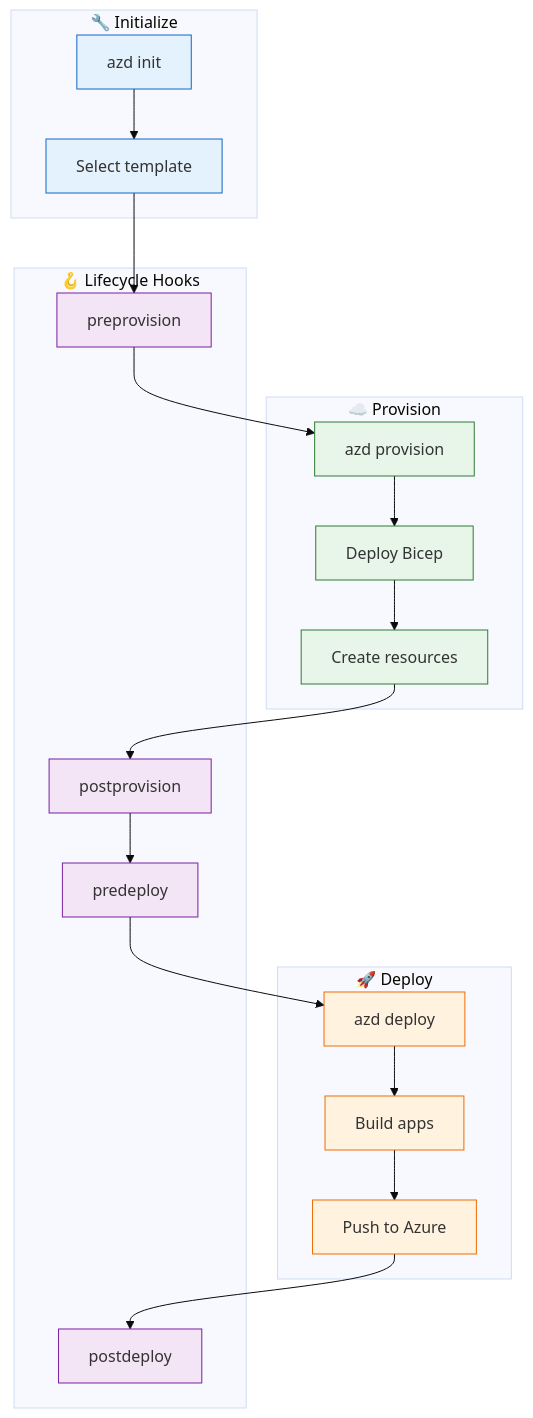
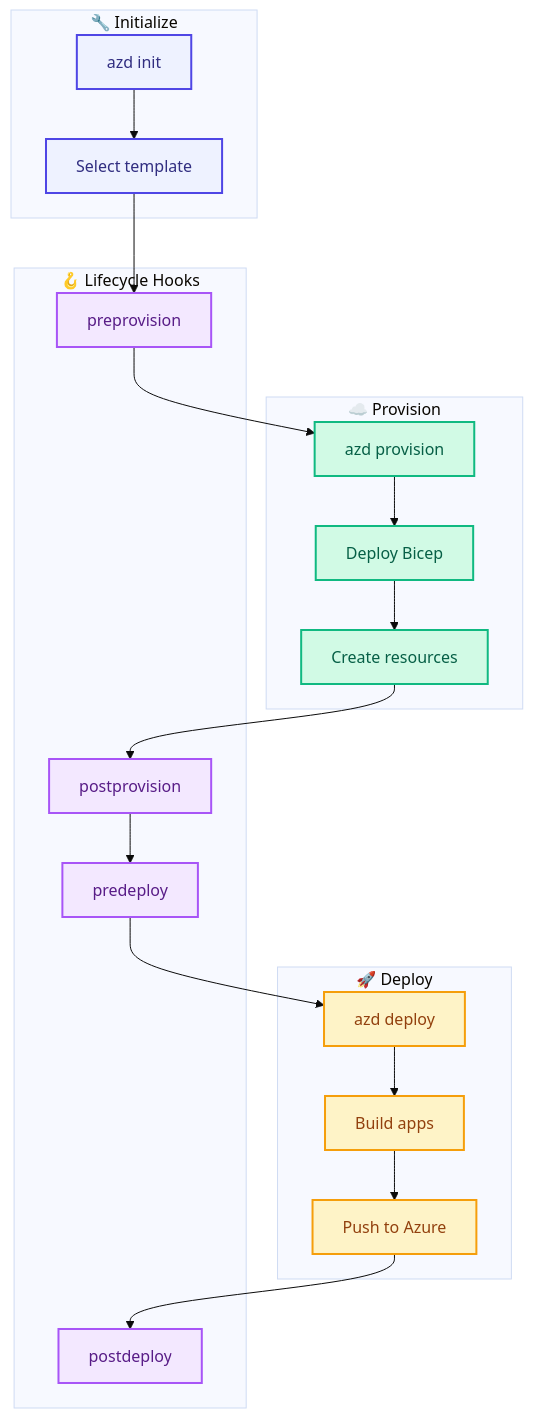
One commit to Evilazaro/Azure-LogicApps-Monitoring changed the third of 6 diagrams in docs/architecture/07-deployment-architecture.md. Above: the diagram before and after it, drawn with Mermaid (base theme). The commit also changed other lines of this file and 1 other file, not shown here.

Commit message:
feat(docs): Update security and deployment architecture diagrams with modern color palette and detailed annotations

````diff
--- a/docs/architecture/07-deployment-architecture.md
+++ b/docs/architecture/07-deployment-architecture.md
@@ -149,48 +155,51 @@
 ```mermaid
 flowchart TB
+    %% Azure Developer CLI (azd) Workflow - Lifecycle hooks and stages
     subgraph Init["🔧 Initialize"]
         Init1["azd init"]
         Init2["Select template"]
     end
 
     subgraph Provision["☁️ Provision"]
         Prov1["azd provision"]
         Prov2["Deploy Bicep"]
         Prov3["Create resources"]
     end
 
     subgraph Deploy["🚀 Deploy"]
         Deploy1["azd deploy"]
         Deploy2["Build apps"]
         Deploy3["Push to Azure"]
     end
 
     subgraph Hooks["🪝 Lifecycle Hooks"]
         PreProv["preprovision"]
         PostProv["postprovision"]
         PreDeploy["predeploy"]
         PostDeploy["postdeploy"]
     end
 
+    %% Workflow flow
     Init1 --> Init2
     Init2 --> PreProv
     PreProv --> Prov1
     Prov1 --> Prov2
     Prov2 --> Prov3
     Prov3 --> PostProv
     PostProv --> PreDeploy
     PreDeploy --> Deploy1
     Deploy1 --> Deploy2
     Deploy2 --> Deploy3
     Deploy3 --> PostDeploy
 
-    classDef init fill:#e3f2fd,stroke:#1565c0
-    classDef prov fill:#e8f5e9,stroke:#2e7d32
-    classDef deploy fill:#fff3e0,stroke:#ef6c00
-    classDef hook fill:#f3e5f5,stroke:#7b1fa2
+    %% Modern color palette - WCAG AA compliant
+    classDef init fill:#EEF2FF,stroke:#4F46E5,stroke-width:2px,color:#312E81
+    classDef prov fill:#D1FAE5,stroke:#10B981,stroke-width:2px,color:#065F46
+    classDef deploy fill:#FEF3C7,stroke:#F59E0B,stroke-width:2px,color:#92400E
+    classDef hook fill:#F3E8FF,stroke:#A855F7,stroke-width:2px,color:#581C87
 
     class Init1,Init2 init
     class Prov1,Prov2,Prov3 prov
     class Deploy1,Deploy2,Deploy3 deploy
     class PreProv,PostProv,PreDeploy,PostDeploy hook
 ```
````
